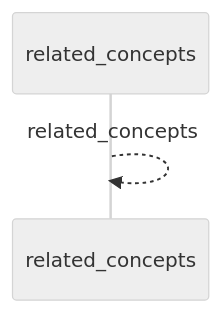
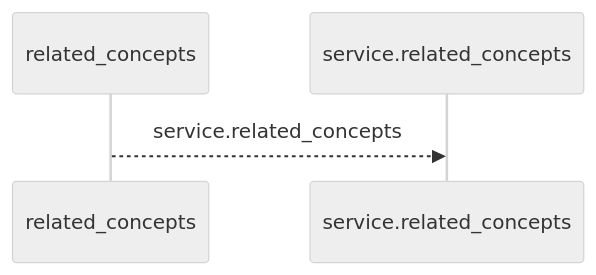
One commit to Denissvgn/python-wiki-llm changed the first of 2 diagrams in docs/llm_wiki/flows/mcp-related_concepts.md. Above: the diagram before and after it, drawn with Mermaid (neutral theme). The commit also changed other lines of this file and 719 other files, not shown here.

````diff
--- a/docs/llm_wiki/flows/mcp-related_concepts.md
+++ b/docs/llm_wiki/flows/mcp-related_concepts.md
@@ -10,5 +10,6 @@
 ```mermaid
 sequenceDiagram
     participant p0 as related_concepts
-    p0-->>p0: related_concepts
+    participant p1 as service.related_concepts
+    p0-->>p1: service.related_concepts
 ```
````
